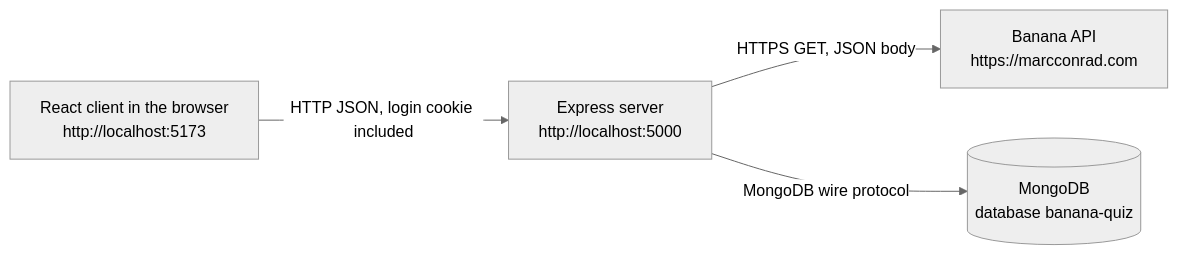
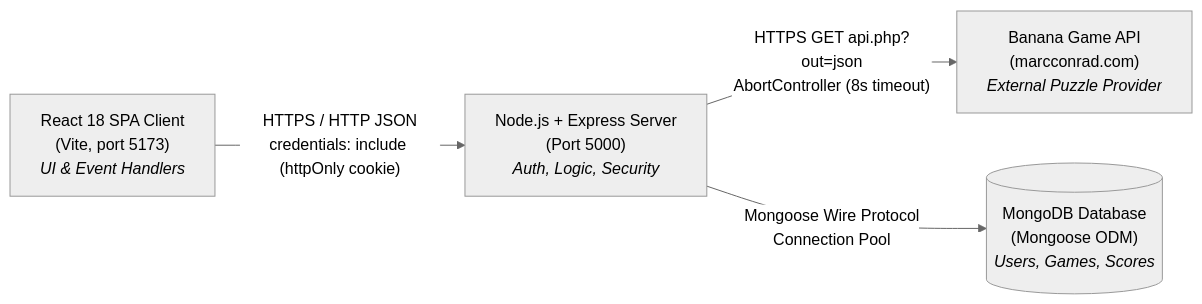
The first of 2 diagrams in docs/ARCHITECTURE.md (amanaryal/Banana-Quiz), drawn with Mermaid (neutral theme) before and after one commit. The commit also changed other lines of this file and 13 other files, not shown here.

````diff
--- a/docs/ARCHITECTURE.md
+++ b/docs/ARCHITECTURE.md
@@ -10,11 +10,11 @@
 ```mermaid
 flowchart LR
-  Browser["React client in the browser<br/>http://localhost:5173"]
-  Server["Express server<br/>http://localhost:5000"]
-  Banana["Banana API<br/>https://marcconrad.com"]
-  DB[("MongoDB<br/>database banana-quiz")]
+  Browser["React 18 SPA Client<br/>(Vite, port 5173)<br/><i>UI & Event Handlers</i>"]
+  Server["Node.js + Express Server<br/>(Port 5000)<br/><i>Auth, Logic, Security</i>"]
+  Banana["Banana Game API<br/>(marcconrad.com)<br/><i>External Puzzle Provider</i>"]
+  DB[("MongoDB Database<br/>(Mongoose ODM)<br/><i>Users, Games, Scores</i>")]
 
-  Browser -->|"HTTP JSON, login cookie included"| Server
-  Server -->|"HTTPS GET, JSON body"| Banana
-  Server -->|"MongoDB wire protocol"| DB
+  Browser -->|"HTTPS / HTTP JSON<br/>credentials: include (httpOnly cookie)"| Server
+  Server -->|"HTTPS GET api.php?out=json<br/>AbortController (8s timeout)"| Banana
+  Server -->|"Mongoose Wire Protocol<br/>Connection Pool"| DB
 ```
````
